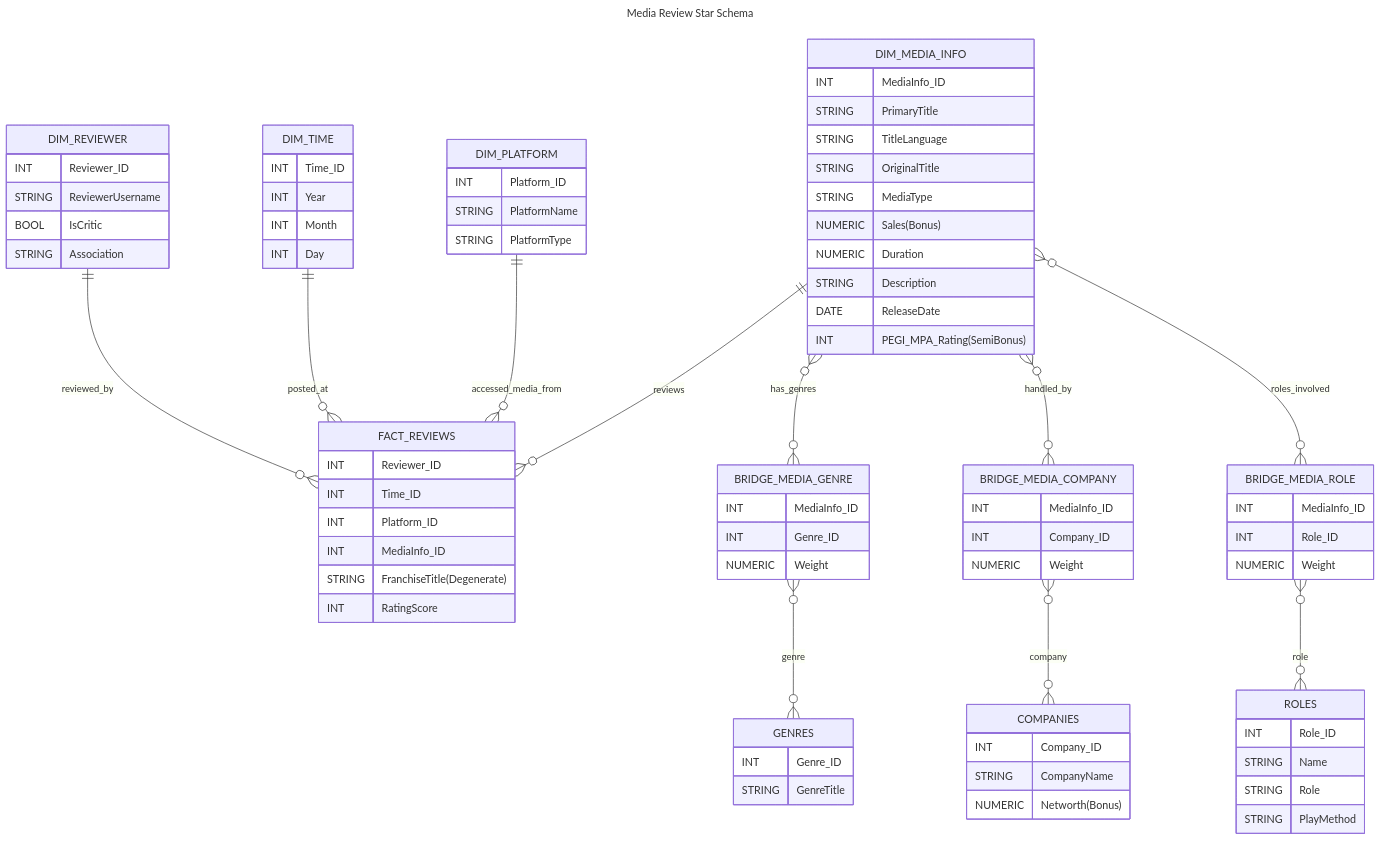
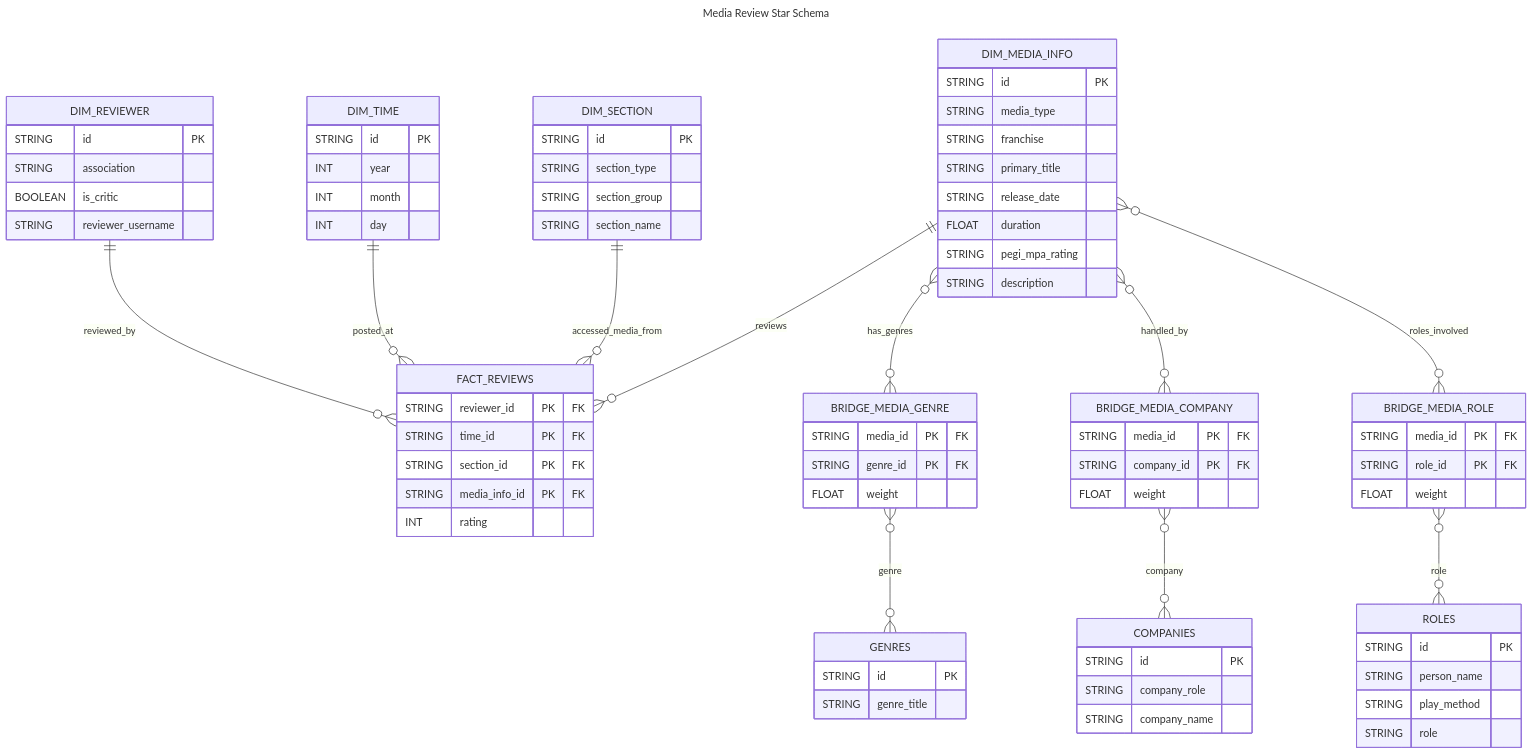
The diagram in Documents/Schemas/_from/Media Review Star Schema.md (Diego-LarrazM/Data-Eng-Project_INSArama_5IF), drawn with Mermaid before and after one commit. The commit also changed 1 other file, not shown here.

Commit message:
fix star schema diagram

```diff
--- a/Documents/Schemas/_from/Media Review Star Schema.md
+++ b/Documents/Schemas/_from/Media Review Star Schema.md
@@ -6,89 +6,85 @@
 ---
 erDiagram
 FACT_REVIEWS {
-    INT Reviewer_ID
-    INT Time_ID
-    INT Platform_ID
-    INT MediaInfo_ID
-    STRING FranchiseTitle(Degenerate)
-    INT RatingScore
+    STRING reviewer_id PK "FK" 
+    STRING time_id PK "FK"
+    STRING section_id PK "FK"
+    STRING media_info_id PK "FK"
+    INT rating
 }
 
 DIM_MEDIA_INFO {
-    INT MediaInfo_ID
-    STRING PrimaryTitle
-    STRING TitleLanguage
-    STRING OriginalTitle
-    STRING MediaType
-    NUMERIC Sales(Bonus)
-    NUMERIC Duration
-    STRING Description
-    DATE ReleaseDate
-    INT PEGI_MPA_Rating(SemiBonus)
+    STRING id PK
+    STRING media_type
+    STRING franchise
+    STRING primary_title
+    STRING release_date
+    FLOAT duration
+    STRING pegi_mpa_rating
+    STRING description
 }
 
-
-BRIDGE_MEDIA_COMPANY{
-    INT MediaInfo_ID
-    INT Company_ID
-    NUMERIC Weight
+BRIDGE_MEDIA_COMPANY {
+    STRING media_id PK "FK"
+    STRING company_id PK "FK"
+    FLOAT weight
 }
 
 COMPANIES {
-    INT Company_ID
-    STRING CompanyName
-    NUMERIC Networth(Bonus)
+    STRING id PK
+    STRING company_role
+    STRING company_name
 }
 
-BRIDGE_MEDIA_GENRE{
-    INT MediaInfo_ID
-    INT Genre_ID
-    NUMERIC Weight
+BRIDGE_MEDIA_GENRE {
+    STRING media_id PK "FK"
+    STRING genre_id PK "FK"
+    FLOAT weight
 }
+
 GENRES {
-    INT Genre_ID
-    STRING GenreTitle
+    STRING id PK
+    STRING genre_title
 }
 
 BRIDGE_MEDIA_ROLE {
-    INT MediaInfo_ID
-    INT Role_ID
-    NUMERIC Weight
+    STRING media_id PK "FK"
+    STRING role_id PK "FK"
+    FLOAT weight
 }
 
-ROLES{
-    INT Role_ID
-    STRING Name
-    STRING Role
-    STRING PlayMethod
+ROLES {
+    STRING id PK
+    STRING person_name
+    STRING play_method
+    STRING role
 }
 
 DIM_REVIEWER {
-    INT Reviewer_ID
-    STRING ReviewerUsername
-    BOOL IsCritic
-    STRING Association
+    STRING id PK
+    STRING association
+    BOOLEAN is_critic
+    STRING reviewer_username
 }
 
 DIM_TIME {
-   INT Time_ID
-   INT Year
-   INT Month
-   INT Day
+    STRING id PK
+    INT year
+    INT month
+    INT day
 }
 
-DIM_PLATFORM {
-    INT Platform_ID
-    STRING PlatformName
-    STRING PlatformType
+DIM_SECTION {
+    STRING id PK
+    STRING section_type
+    STRING section_group
+    STRING section_name
 }
-
-
 
 DIM_REVIEWER ||--o{ FACT_REVIEWS : reviewed_by
 DIM_MEDIA_INFO ||--o{ FACT_REVIEWS : reviews
 DIM_TIME ||--o{ FACT_REVIEWS : posted_at
-DIM_PLATFORM ||--o{ FACT_REVIEWS : accessed_media_from
+DIM_SECTION ||--o{ FACT_REVIEWS : accessed_media_from
 
 DIM_MEDIA_INFO }o--o{ BRIDGE_MEDIA_GENRE : has_genres
 BRIDGE_MEDIA_GENRE }o--o{ GENRES : genre
```
